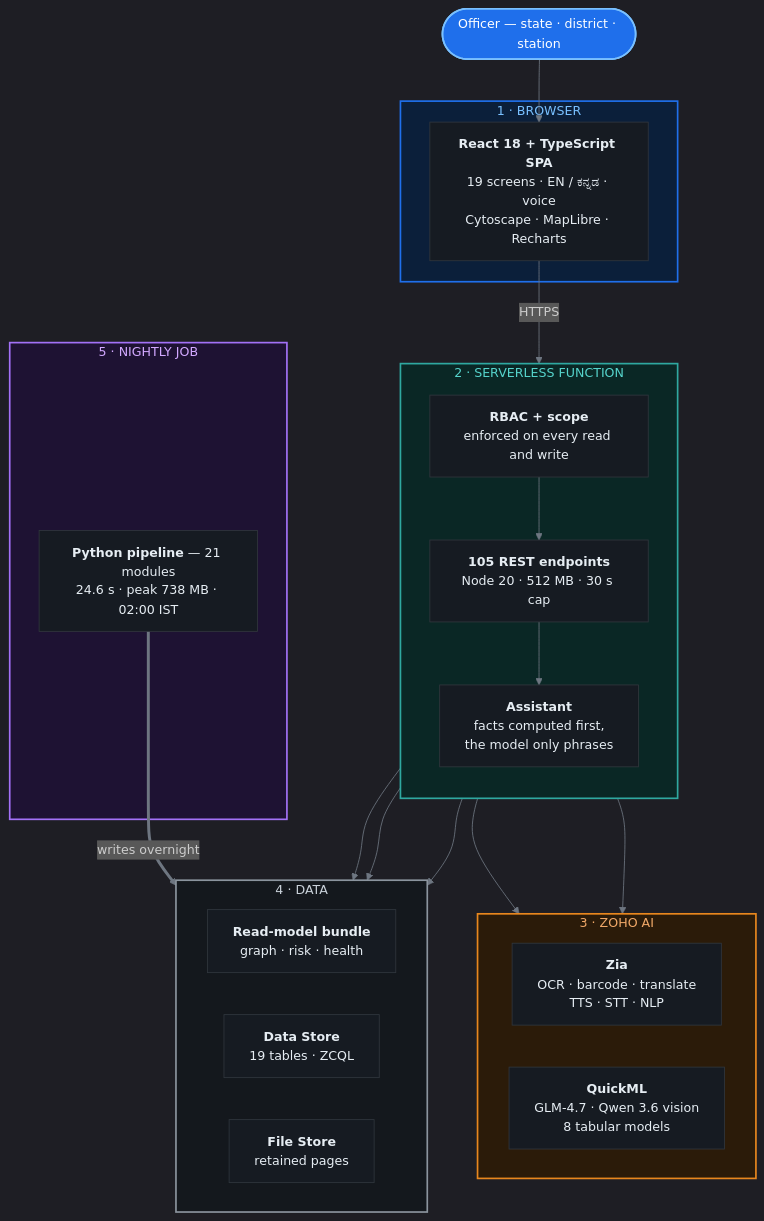
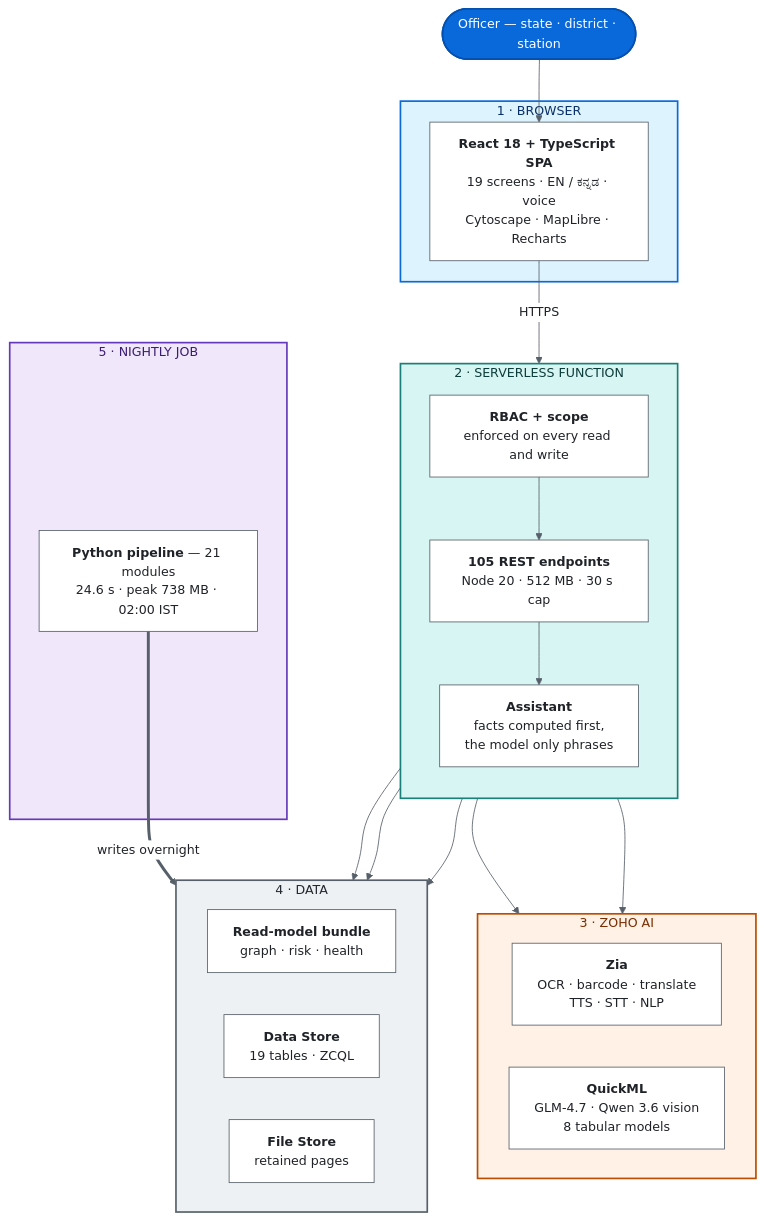
The first of 6 diagrams in README.md (adarshcod30/Kadi), drawn with Mermaid before and after one commit. The commit also changed other lines of this file and 1 other file, not shown here.

First line of the commit message:
Make the diagrams read on a light page as well as a dark one

````diff
--- a/README.md
+++ b/README.md
@@ -242,54 +242,54 @@
 ```mermaid
-%%{init: {'theme':'dark','themeVariables':{'fontSize':'15px','lineColor':'#6e7681','primaryTextColor':'#e6edf3'}}}%%
+%%{init: {'theme':'base','themeVariables':{'fontSize':'15px','lineColor':'#57606a','primaryTextColor':'#1f2328','edgeLabelBackground':'#ffffff'}}}%%
 flowchart TB
     O(["Officer — state · district · station"])
 
     subgraph L1["1 · BROWSER"]
         SPA["<b>React 18 + TypeScript SPA</b><br/>19 screens · EN / ಕನ್ನಡ · voice<br/>Cytoscape · MapLibre · Recharts"]
     end
 
     subgraph L2["2 · SERVERLESS FUNCTION"]
         direction TB
         RBAC["<b>RBAC + scope</b><br/>enforced on every read and write"]
         REST["<b>105 REST endpoints</b><br/>Node 20 · 512 MB · 30 s cap"]
         ASST["<b>Assistant</b><br/>facts computed first,<br/>the model only phrases"]
         RBAC --> REST --> ASST
     end
 
     subgraph L3["3 · ZOHO AI"]
         direction LR
         ZIA["<b>Zia</b><br/>OCR · barcode · translate<br/>TTS · STT · NLP"]
         QML["<b>QuickML</b><br/>GLM-4.7 · Qwen 3.6 vision<br/>8 tabular models"]
     end
 
     subgraph L4["4 · DATA"]
         direction LR
         RM["<b>Read-model bundle</b><br/>graph · risk · health"]
         DS["<b>Data Store</b><br/>19 tables · ZCQL"]
         FS["<b>File Store</b><br/>retained pages"]
     end
 
     subgraph L5["5 · NIGHTLY JOB"]
         JOB["<b>Python pipeline</b> — 21 modules<br/>24.6 s · peak 738 MB · 02:00 IST"]
     end
 
     O --> SPA
     SPA -->|HTTPS| RBAC
     ASST --> ZIA
     ASST --> QML
     REST --> RM
     REST --> DS
     REST --> FS
     JOB ==>|writes overnight| RM
 
-    classDef box   fill:#161b22,stroke:#30363d,stroke-width:1px,color:#e6edf3
-    classDef actor fill:#1f6feb,stroke:#79c0ff,stroke-width:2px,color:#ffffff
+    classDef box   fill:#ffffff,stroke:#57606a,stroke-width:1px,color:#1f2328
+    classDef actor fill:#0969da,stroke:#0550ae,stroke-width:2px,color:#ffffff
     class SPA,RBAC,REST,ASST,ZIA,QML,RM,DS,FS,JOB box
     class O actor
 
-    style L1 fill:#0b1f3a,stroke:#1f6feb,stroke-width:2px,color:#79c0ff
-    style L2 fill:#0a2725,stroke:#2FA8A0,stroke-width:2px,color:#56d4cc
-    style L3 fill:#2b1b09,stroke:#E8871E,stroke-width:2px,color:#f0a868
-    style L4 fill:#14181d,stroke:#8b949e,stroke-width:2px,color:#c9d1d9
-    style L5 fill:#1e1233,stroke:#a371f7,stroke-width:2px,color:#d2a8ff
+    style L1 fill:#ddf4ff,stroke:#0969da,stroke-width:2px,color:#0a3069
+    style L2 fill:#d7f5f2,stroke:#1a7f78,stroke-width:2px,color:#0d3d3a
+    style L3 fill:#fff1e5,stroke:#bc4c00,stroke-width:2px,color:#7a2e00
+    style L4 fill:#eef1f4,stroke:#57606a,stroke-width:2px,color:#24292f
+    style L5 fill:#f0e7fb,stroke:#6639ba,stroke-width:2px,color:#3b1e70
 ```
````
